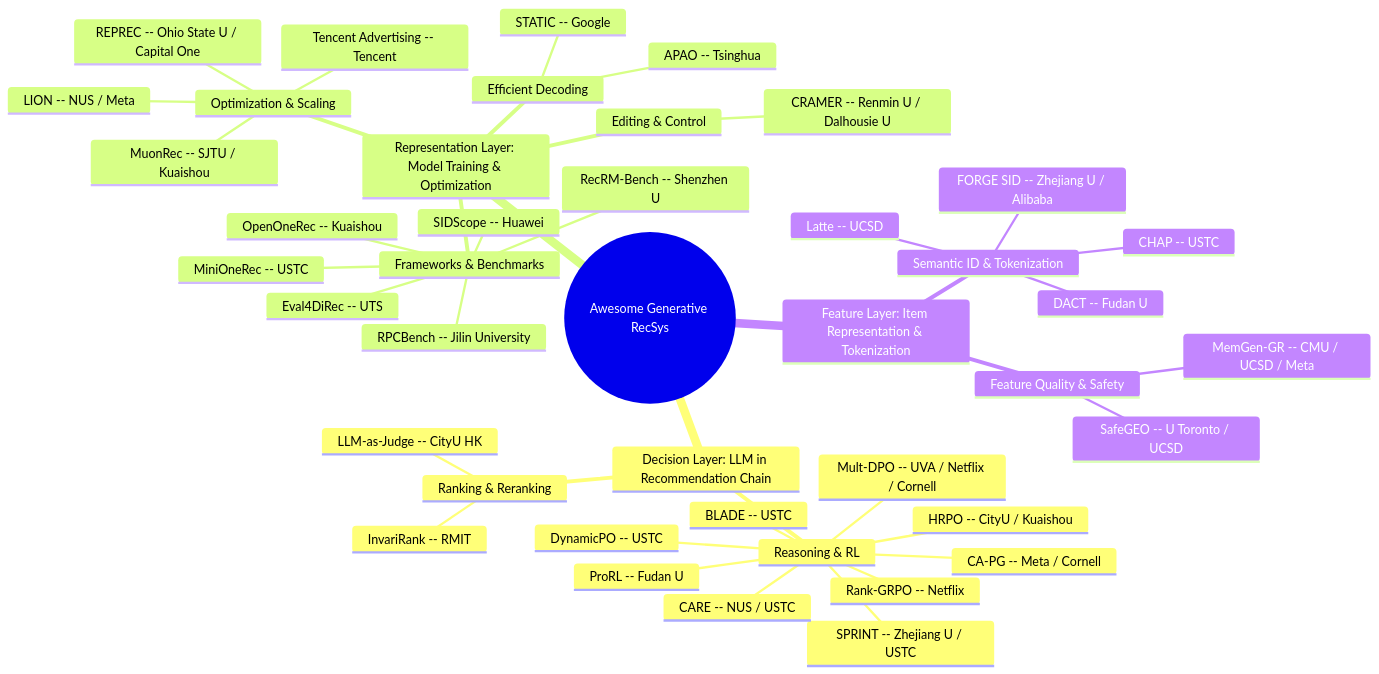
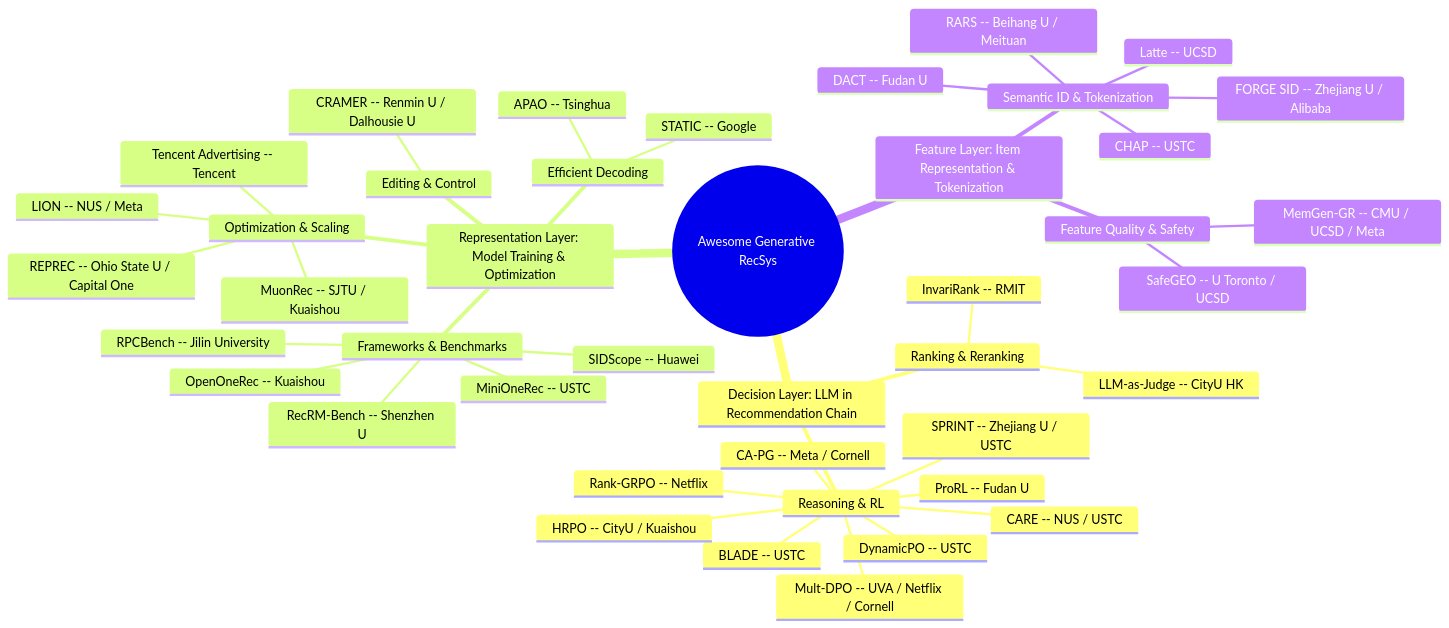
One commit to HaFred/awesome-generative-recsys changed the diagram in README.md. Above: the diagram before and after it, drawn with Mermaid. The commit also changed other lines of this file and 3 other files, not shown here.

Commit message:
feat: Oct 01 — 7 gen-rec papers (RARS opensource from Beihang/Meituan); archive Sep 20

````diff
--- a/README.md
+++ b/README.md
@@ -30,46 +30,46 @@
 ```mermaid
 mindmap
   root((Awesome Generative RecSys))
     Decision Layer: LLM in Recommendation Chain
       Reasoning & RL
         Rank-GRPO -- Netflix
         DynamicPO -- USTC
         BLADE -- USTC
         SPRINT -- Zhejiang U / USTC
         CARE -- NUS / USTC
         HRPO -- CityU / Kuaishou
         Mult-DPO -- UVA / Netflix / Cornell
         CA-PG -- Meta / Cornell
         ProRL -- Fudan U
       Ranking & Reranking
         InvariRank -- RMIT
         LLM-as-Judge -- CityU HK
     Representation Layer: Model Training & Optimization
       Editing & Control
         CRAMER -- Renmin U / Dalhousie U
       Frameworks & Benchmarks
         MiniOneRec -- USTC
         OpenOneRec -- Kuaishou
         RecRM-Bench -- Shenzhen U
         SIDScope -- Huawei
         RPCBench -- Jilin University
-        Eval4DiRec -- UTS
       Efficient Decoding
         STATIC -- Google
         APAO -- Tsinghua
       Optimization & Scaling
         MuonRec -- SJTU / Kuaishou
         REPREC -- Ohio State U / Capital One
         Tencent Advertising -- Tencent
         LION -- NUS / Meta
     Feature Layer: Item Representation & Tokenization
       Semantic ID & Tokenization
         Latte -- UCSD
         FORGE SID -- Zhejiang U / Alibaba
         DACT -- Fudan U
         CHAP -- USTC
+        RARS -- Beihang U / Meituan
       Feature Quality & Safety
         SafeGEO -- U Toronto / UCSD
         MemGen-GR -- CMU / UCSD / Meta
 
 ```
````
